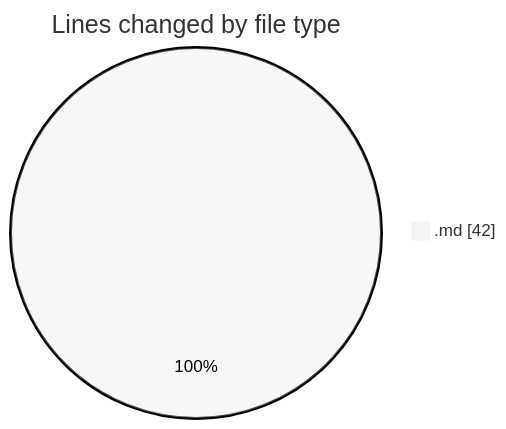
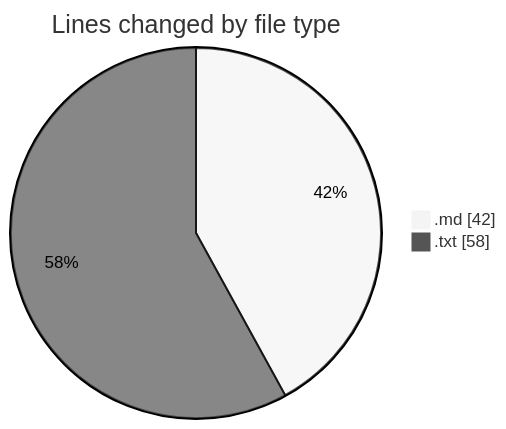
The first of 2 diagrams in 2025-07-30/ellis-donovan/README.md (EIIisD/code-tracking), drawn with Mermaid (neutral theme) before and after one commit. The commit also changed other lines of this file and 1 other file, not shown here.

````diff
--- a/2025-07-30/ellis-donovan/README.md
+++ b/2025-07-30/ellis-donovan/README.md
@@ -25,5 +26,6 @@
 ```mermaid
 pie showData
 title Lines changed by file type
 ".md" : 42
+".txt" : 58
 ```
````
